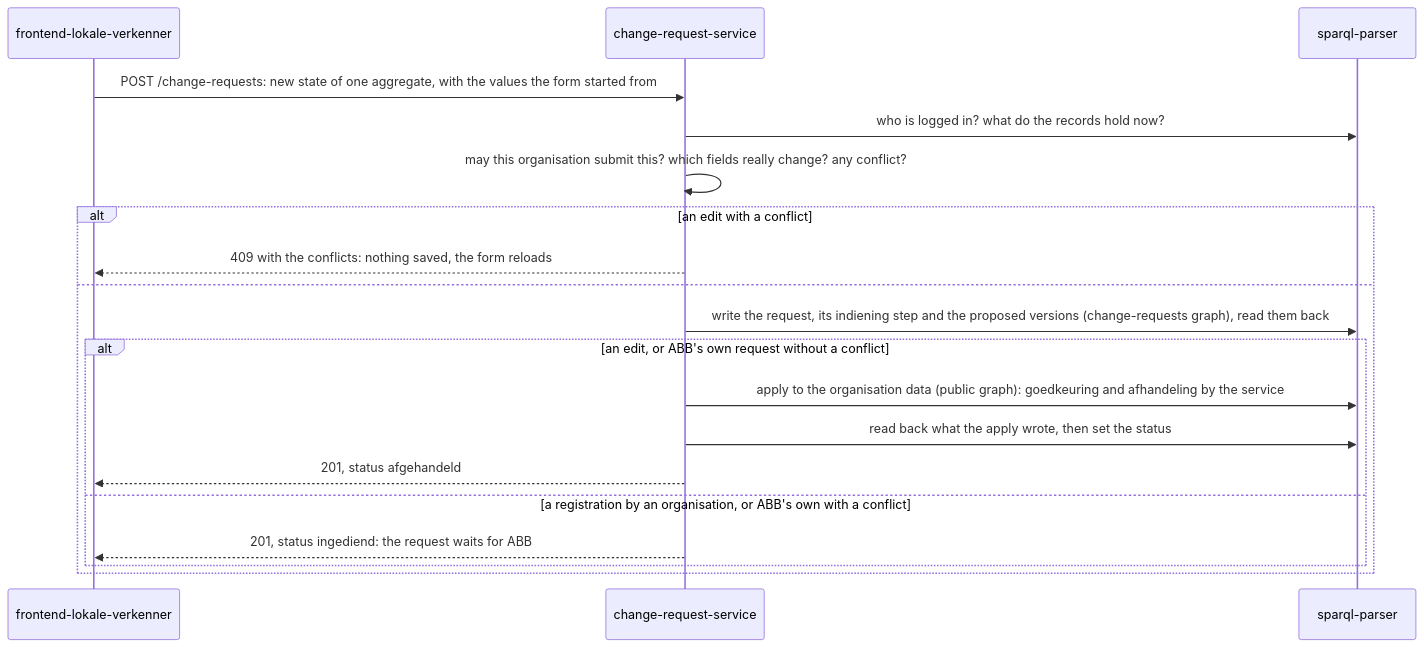
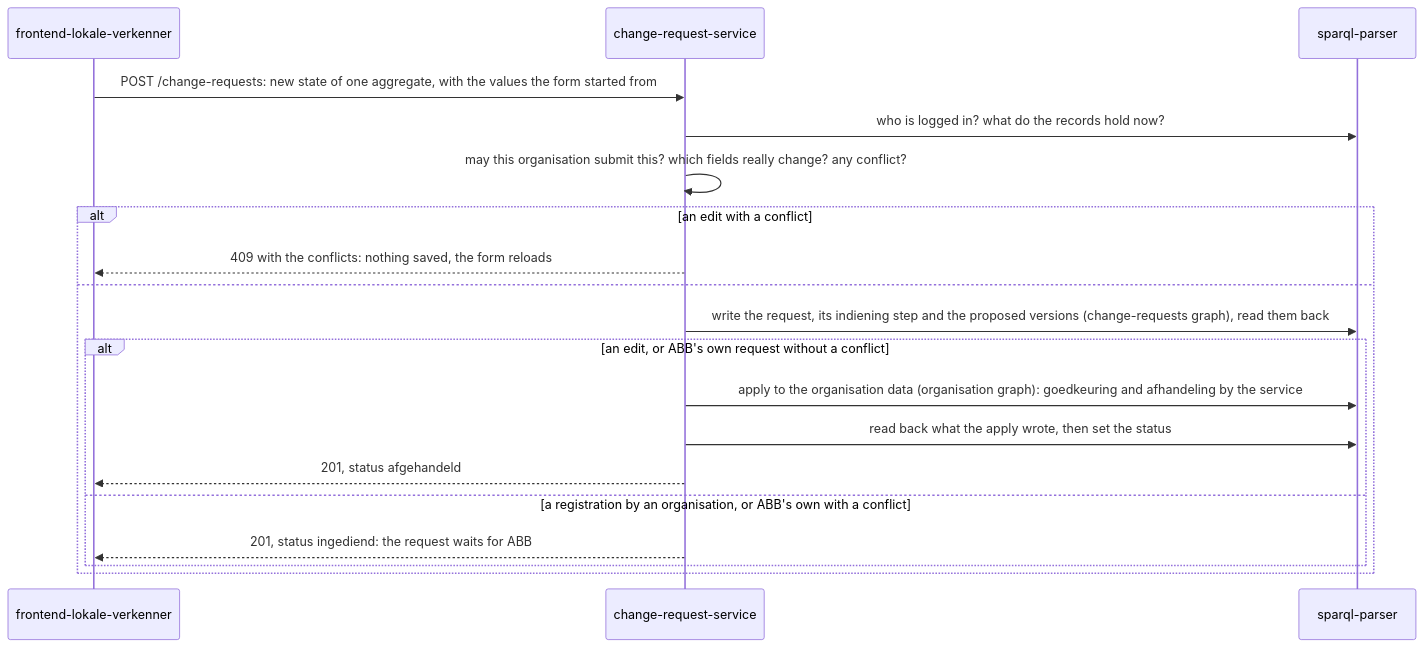
Before and after one commit to lblod/change-request-service: the first of 5 diagrams in README.md, drawn with Mermaid. The commit also changed other lines of this file and 5 other files, not shown here.

Commit message:
RVS-37: use the organisation graph in the e2e script and the docs

````diff
--- a/README.md
+++ b/README.md
@@ -41,21 +41,21 @@
 ```mermaid
 sequenceDiagram
   participant F as frontend-lokale-verkenner
   participant S as change-request-service
   participant P as sparql-parser
   F->>S: POST /change-requests: new state of one aggregate, with the values the form started from
   S->>P: who is logged in? what do the records hold now?
   S->>S: may this organisation submit this? which fields really change? any conflict?
   alt an edit with a conflict
     S-->>F: 409 with the conflicts: nothing saved, the form reloads
   else
     S->>P: write the request, its indiening step and the proposed versions (change-requests graph), read them back
     alt an edit, or ABB's own request without a conflict
-      S->>P: apply to the organisation data (public graph): goedkeuring and afhandeling by the service
+      S->>P: apply to the organisation data (organisation graph): goedkeuring and afhandeling by the service
       S->>P: read back what the apply wrote, then set the status
       S-->>F: 201, status afgehandeld
     else a registration by an organisation, or ABB's own with a conflict
       S-->>F: 201, status ingediend: the request waits for ABB
     end
   end
 ```
````
